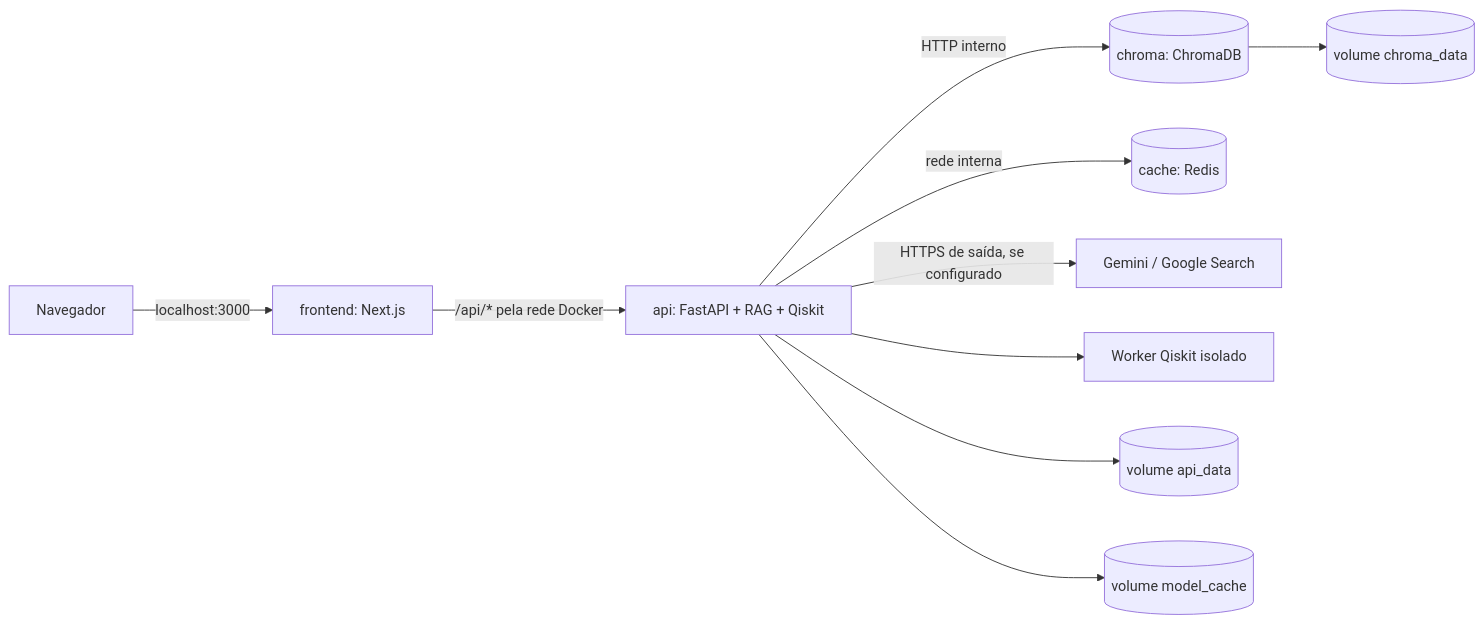
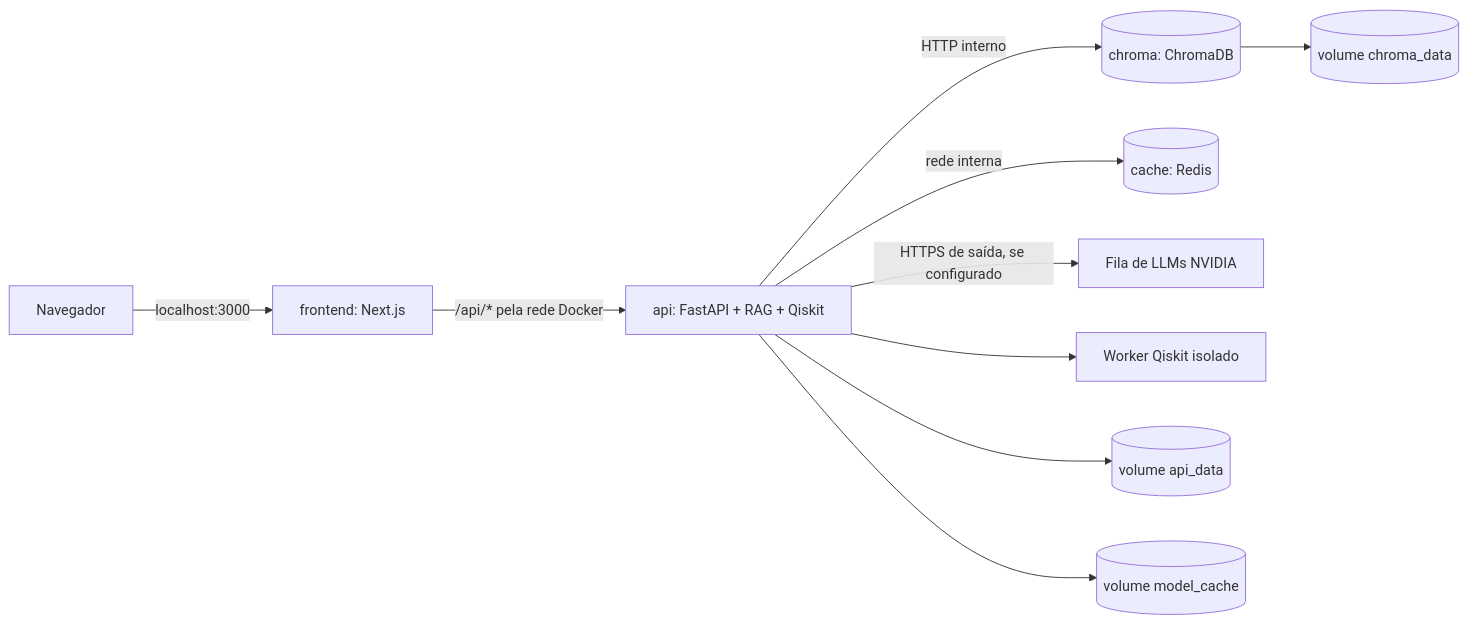
One commit to vladtairovic/QuantumOne-atual changed the diagram in docs/GUIA-PROJETO-MENTOR.md. Above: the diagram before and after it, drawn with Mermaid. The commit also changed other lines of this file and 58 other files, not shown here.

First line of the commit message:
feat: análise unificada (POST /analise) com fila de LLMs, pesquisa na internet e README atualizado

````diff
--- a/docs/GUIA-PROJETO-MENTOR.md
+++ b/docs/GUIA-PROJETO-MENTOR.md
@@ -32,12 +32,12 @@
 ```mermaid
 flowchart LR
   B[Navegador] -->|localhost:3000| F[frontend: Next.js]
   F -->|/api/* pela rede Docker| A[api: FastAPI + RAG + Qiskit]
   A -->|HTTP interno| C[(chroma: ChromaDB)]
   A -->|rede interna| R[(cache: Redis)]
-  A -->|HTTPS de saída, se configurado| G[Gemini / Google Search]
+  A -->|HTTPS de saída, se configurado| G[Fila de LLMs NVIDIA]
   A --> W[Worker Qiskit isolado]
   C --> VC[(volume chroma_data)]
   A --> VA[(volume api_data)]
   A --> VM[(volume model_cache)]
 ```
````
